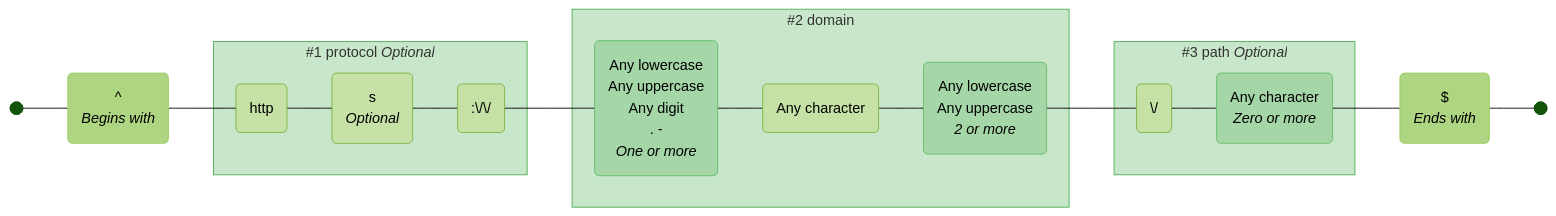
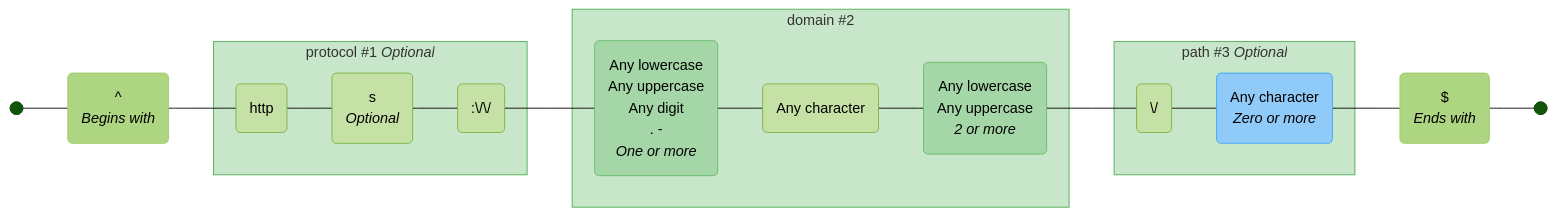
Before and after one commit to tayles/regex-to-mermaid: the fourth of 5 diagrams in THEMES.md, drawn with Mermaid. The commit also changed other lines of this file and 58 other files, not shown here.

````diff
--- a/THEMES.md
+++ b/THEMES.md
@@ -311,67 +380,68 @@
 ```mermaid
 ---
 config:
   theme: forest
 ---
 
 graph LR
   accTitle: "Regex: ^(?<protocol>https?:\\/\\/)?(?<domain>[a-zA-Z0-9.-]+\\.[a-zA-Z]{2,})(?<path>\\/.*)?$"
   accDescr: "Generated with regex-to-mermaid@1.1.0"
 
   %% Nodes
   start@{ shape: f-circ };
   fin@{ shape: f-circ };
   assertion_1("^<br><i>Begins with</i>"):::assertion;
   literal_1("http"):::literal;
   literal_2("s<br><i>Optional</i>"):::literal;
   literal_3(":\/\/"):::literal;
   char_class_1("Any lowercase<br>Any uppercase<br>Any digit<br>. -<br><i>One or more</i>"):::char-class;
   literal_4("Any character"):::literal;
   char_class_2("Any lowercase<br>Any uppercase<br><i>2 or more</i>"):::char-class;
   literal_5("\/"):::literal;
-  char_class_3("Any character<br><i>Zero or more</i>"):::char-class;
+  char_set_1("Any character<br><i>Zero or more</i>"):::char-set;
   assertion_2("$<br><i>Ends with</i>"):::assertion;
 
   %% Subgraphs
-  subgraph named_capture_1 ["#1 protocol <i>Optional</i>"]
+  subgraph named_capture_1 ["protocol #1 <i>Optional</i>"]
     literal_1
     literal_2
     literal_3
   end
 
-  subgraph named_capture_2 ["#2 domain"]
+  subgraph named_capture_2 ["domain #2"]
     char_class_1
     literal_4
     char_class_2
   end
 
-  subgraph named_capture_3 ["#3 path <i>Optional</i>"]
+  subgraph named_capture_3 ["path #3 <i>Optional</i>"]
     literal_5
-    char_class_3
+    char_set_1
   end
 
   %% Edges
   start --- assertion_1;
   assertion_1 --- literal_1;
   literal_1 --- literal_2;
   literal_2 --- literal_3;
   literal_3 --- char_class_1;
   char_class_1 --- literal_4;
   literal_4 --- char_class_2;
   char_class_2 --- literal_5;
-  literal_5 --- char_class_3;
-  char_class_3 --- assertion_2;
+  literal_5 --- char_set_1;
+  char_set_1 --- assertion_2;
   assertion_2 --- fin;
 
   %% Styles
   %% Node Styling
   classDef assertion fill:#AED581,stroke:#9CCC65;
   classDef literal fill:#C5E1A5,stroke:#7CB342;
   classDef char-class fill:#A5D6A7,stroke:#66BB6A;
+  classDef char-set fill:#90CAF9,stroke:#42A5F5;
 
   %% Group Styling
   classDef named-capture fill:#C8E6C9,stroke:#4CAF50;
 
   %% Apply Group Classes
   class named_capture_1,named_capture_2,named_capture_3 named-capture;
 ```
````
